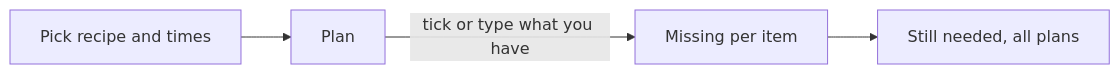
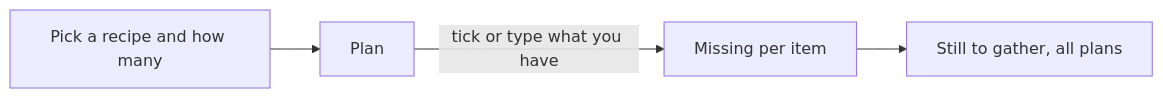
One commit to cristiadu/valheim-dashboard changed the third of 3 diagrams in apps/dashboard/README.md. Above: the diagram before and after it, drawn with Mermaid. The commit also changed other lines of this file and 4 other files, not shown here.

````diff
--- a/apps/dashboard/README.md
+++ b/apps/dashboard/README.md
@@ -67,6 +67,6 @@
 ```mermaid
 flowchart LR
-  pick[Pick recipe and times] --> plan[Plan]
+  pick[Pick a recipe and how many] --> plan[Plan]
   plan -->|tick or type what you have| left[Missing per item]
-  left --> total[Still needed, all plans]
+  left --> total[Still to gather, all plans]
 ```
````
